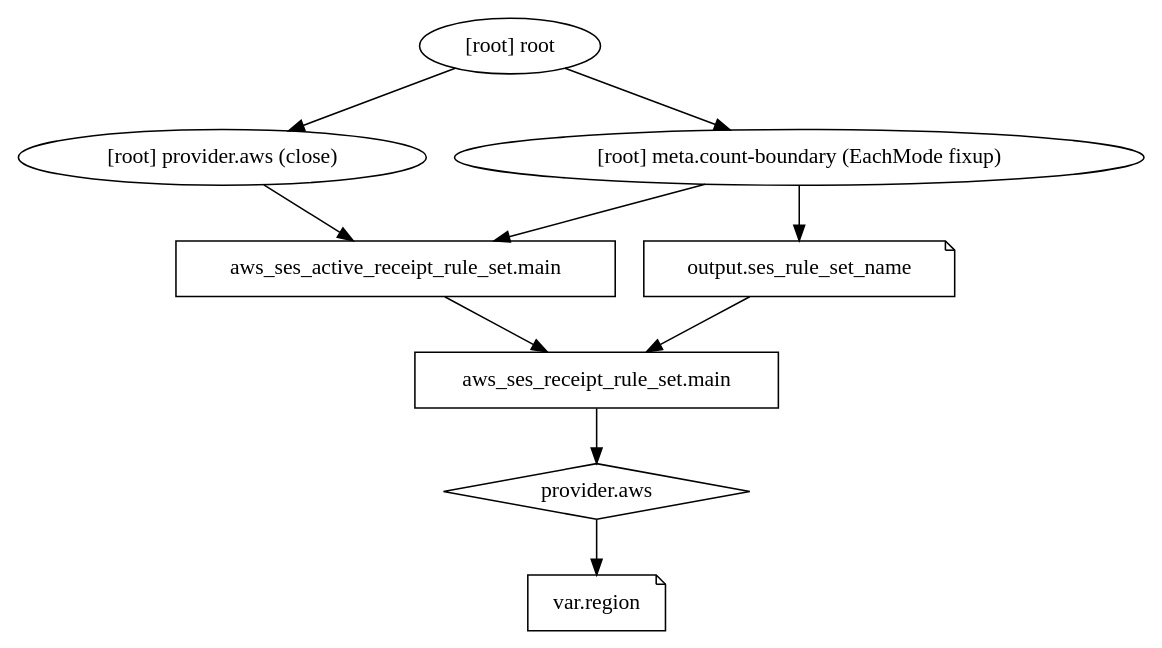
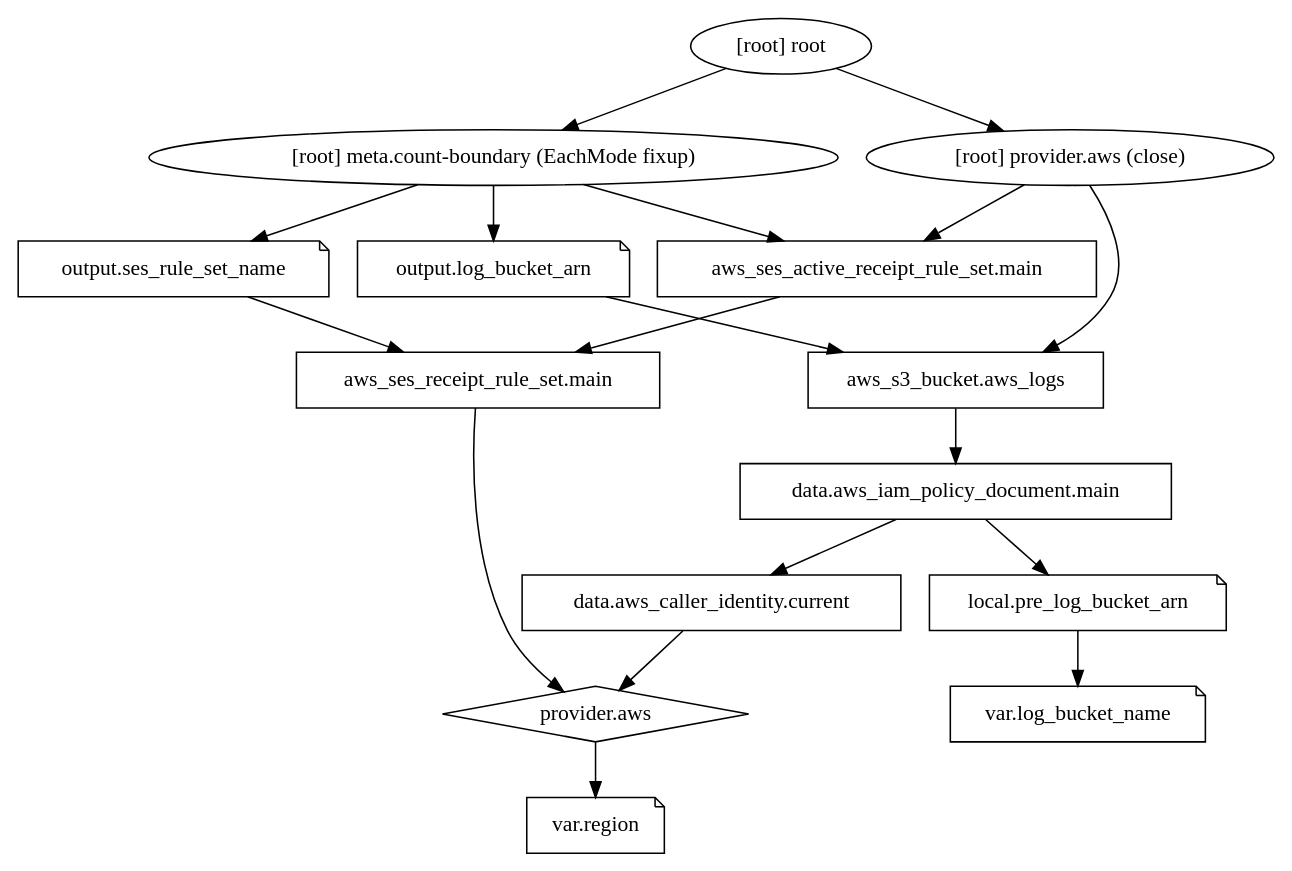
The diagram in account/graph.dot (grocky/infrastructure), drawn with Graphviz before and after one commit. The commit also changed 5 other files, not shown here.

```diff
--- a/account/graph.dot
+++ b/account/graph.dot
@@ -1,20 +1,34 @@
 digraph {
 	compound = "true"
 	newrank = "true"
 	subgraph "root" {
+		"[root] aws_s3_bucket.aws_logs" [label = "aws_s3_bucket.aws_logs", shape = "box"]
 		"[root] aws_ses_active_receipt_rule_set.main" [label = "aws_ses_active_receipt_rule_set.main", shape = "box"]
 		"[root] aws_ses_receipt_rule_set.main" [label = "aws_ses_receipt_rule_set.main", shape = "box"]
+		"[root] data.aws_caller_identity.current" [label = "data.aws_caller_identity.current", shape = "box"]
+		"[root] data.aws_iam_policy_document.main" [label = "data.aws_iam_policy_document.main", shape = "box"]
+		"[root] local.pre_log_bucket_arn" [label = "local.pre_log_bucket_arn", shape = "note"]
+		"[root] output.log_bucket_arn" [label = "output.log_bucket_arn", shape = "note"]
 		"[root] output.ses_rule_set_name" [label = "output.ses_rule_set_name", shape = "note"]
 		"[root] provider.aws" [label = "provider.aws", shape = "diamond"]
+		"[root] var.log_bucket_name" [label = "var.log_bucket_name", shape = "note"]
 		"[root] var.region" [label = "var.region", shape = "note"]
+		"[root] aws_s3_bucket.aws_logs" -> "[root] data.aws_iam_policy_document.main"
 		"[root] aws_ses_active_receipt_rule_set.main" -> "[root] aws_ses_receipt_rule_set.main"
 		"[root] aws_ses_receipt_rule_set.main" -> "[root] provider.aws"
+		"[root] data.aws_caller_identity.current" -> "[root] provider.aws"
+		"[root] data.aws_iam_policy_document.main" -> "[root] data.aws_caller_identity.current"
+		"[root] data.aws_iam_policy_document.main" -> "[root] local.pre_log_bucket_arn"
+		"[root] local.pre_log_bucket_arn" -> "[root] var.log_bucket_name"
 		"[root] meta.count-boundary (EachMode fixup)" -> "[root] aws_ses_active_receipt_rule_set.main"
+		"[root] meta.count-boundary (EachMode fixup)" -> "[root] output.log_bucket_arn"
 		"[root] meta.count-boundary (EachMode fixup)" -> "[root] output.ses_rule_set_name"
+		"[root] output.log_bucket_arn" -> "[root] aws_s3_bucket.aws_logs"
 		"[root] output.ses_rule_set_name" -> "[root] aws_ses_receipt_rule_set.main"
+		"[root] provider.aws (close)" -> "[root] aws_s3_bucket.aws_logs"
 		"[root] provider.aws (close)" -> "[root] aws_ses_active_receipt_rule_set.main"
 		"[root] provider.aws" -> "[root] var.region"
 		"[root] root" -> "[root] meta.count-boundary (EachMode fixup)"
 		"[root] root" -> "[root] provider.aws (close)"
 	}
 }
```
